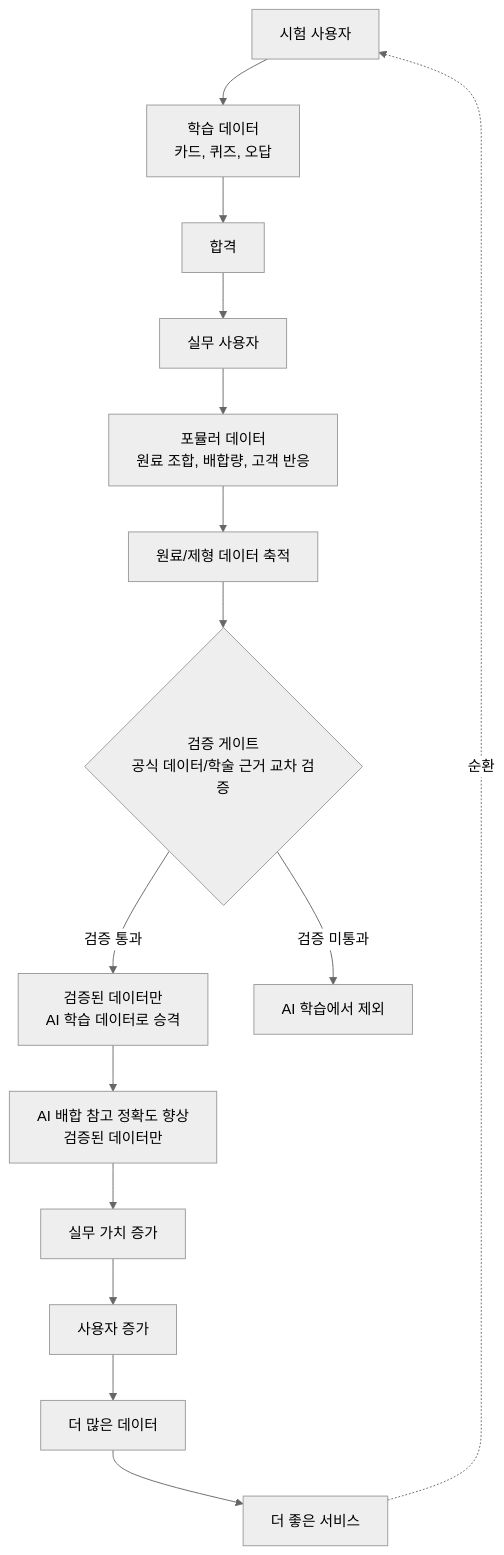
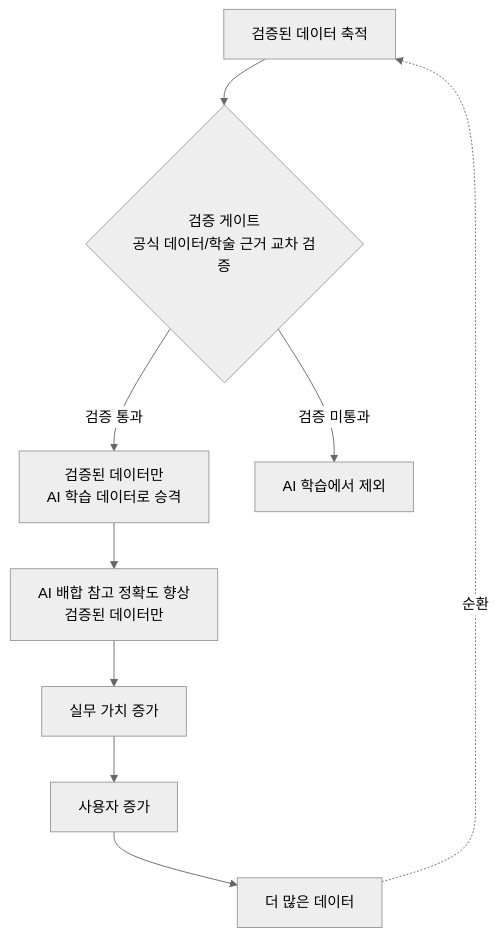
The ninth of 11 diagrams in docs/dev/PASS_TO_PRACTICE_STRATEGY.md (skygoldlee-cyber/Personalized_Skincare), drawn with Mermaid (neutral theme) before and after one commit. The commit also changed other lines of this file, not shown here.

````diff
--- a/docs/dev/PASS_TO_PRACTICE_STRATEGY.md
+++ b/docs/dev/PASS_TO_PRACTICE_STRATEGY.md
@@ -745,18 +843,11 @@
 ```mermaid
 flowchart TD
-    A[시험 사용자] --> B[학습 데이터<br/>카드, 퀴즈, 오답]
-    B --> C[합격]
-    C --> D[실무 사용자]
-    D --> E[포뮬러 데이터<br/>원료 조합, 배합량, 고객 반응]
-    E --> F[원료/제형 데이터 축적]
-    F --> GATE{"검증 게이트<br/>공식 데이터/학술 근거 교차 검증"}
+    F[검증된 데이터 축적] --> GATE{"검증 게이트<br/>공식 데이터/학술 근거 교차 검증"}
     GATE -->|검증 통과| H[검증된 데이터만<br/>AI 학습 데이터로 승격]
     GATE -->|검증 미통과| H2[AI 학습에서 제외]
     H --> I[AI 배합 참고 정확도 향상<br/>검증된 데이터만]
     I --> J[실무 가치 증가]
     J --> K[사용자 증가]
     K --> L[더 많은 데이터]
-    L --> M[더 좋은 서비스]
-    M -.->|순환| A
-
+    L -.->|순환| F
 ```
````
